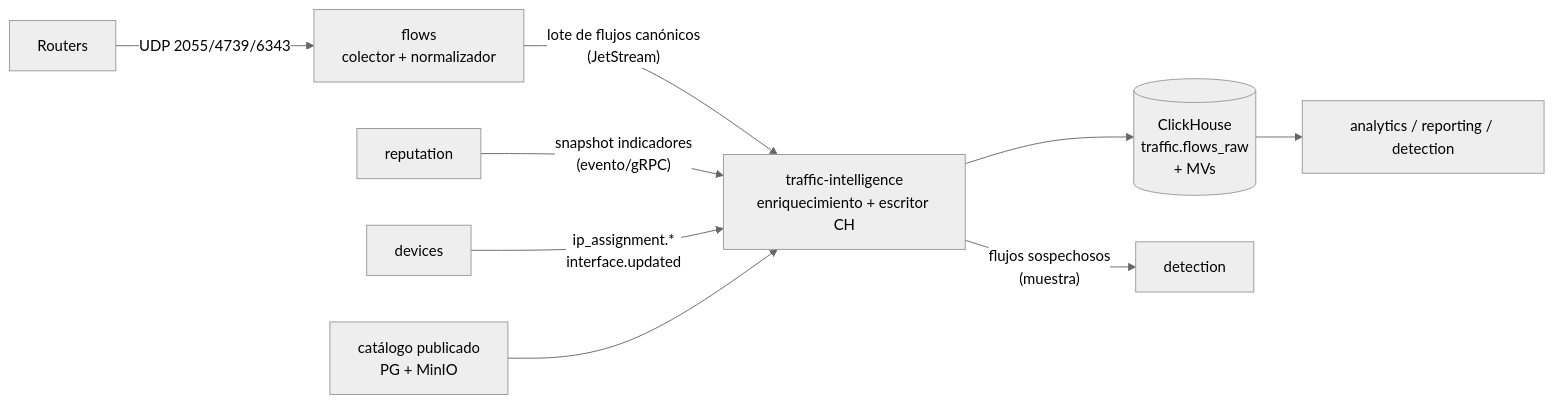
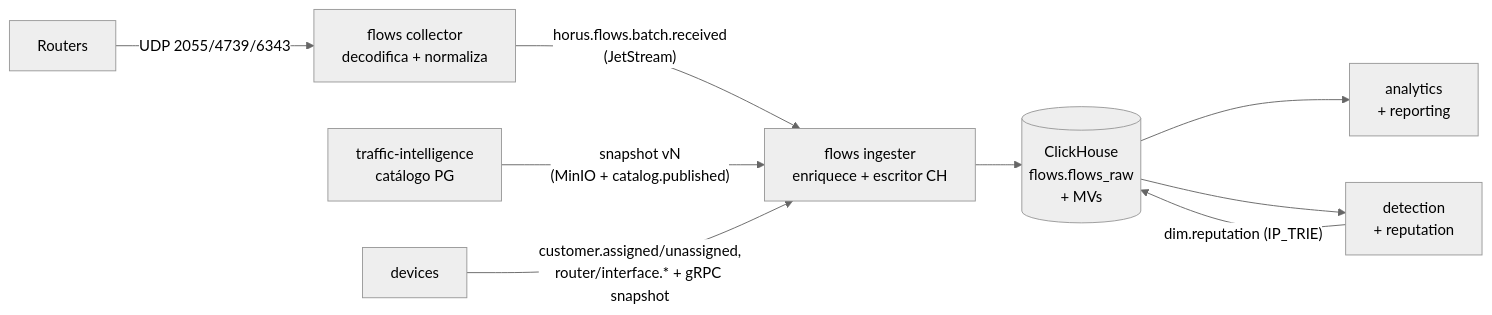
One commit to HCDestroyer/horus-flow changed the first of 2 diagrams in docs/traffic-model.md. Above: the diagram before and after it, drawn with Mermaid (neutral theme). The commit also changed other lines of this file and 3 other files, not shown here.

First line of the commit message:
docs: align data model and storage docs with architecture decisions

````diff
--- a/docs/traffic-model.md
+++ b/docs/traffic-model.md
@@ -45,11 +49,11 @@
 ```mermaid
 flowchart LR
-  R[Routers] -- "UDP 2055/4739/6343" --> F[flows<br/>colector + normalizador]
-  F -- "lote de flujos canónicos<br/>(JetStream)" --> TI[traffic-intelligence<br/>enriquecimiento + escritor CH]
-  TI --> CH[(ClickHouse<br/>traffic.flows_raw<br/>+ MVs)]
-  REP[reputation] -- "snapshot indicadores<br/>(evento/gRPC)" --> TI
-  DEV[devices] -- "ip_assignment.*<br/>interface.updated" --> TI
-  CAT[catálogo publicado<br/>PG + MinIO] --> TI
-  CH --> AN[analytics / reporting / detection]
-  TI -- "flujos sospechosos<br/>(muestra)" --> DET[detection]
+  R[Routers] -- "UDP 2055/4739/6343" --> C[flows collector<br/>decodifica + normaliza]
+  C -- "horus.flows.batch.received<br/>(JetStream)" --> I[flows ingester<br/>enriquece + escritor CH]
+  I --> CH[(ClickHouse<br/>flows.flows_raw<br/>+ MVs)]
+  TI[traffic-intelligence<br/>catálogo PG] -- "snapshot vN<br/>(MinIO + catalog.published)" --> I
+  DEV[devices] -- "customer.assigned/unassigned,<br/>router/interface.* + gRPC snapshot" --> I
+  CH --> AN[analytics<br/>+ reporting]
+  CH --> DET[detection<br/>+ reputation]
+  DET -- "dim.reputation (IP_TRIE)" --> CH
 ```
````
